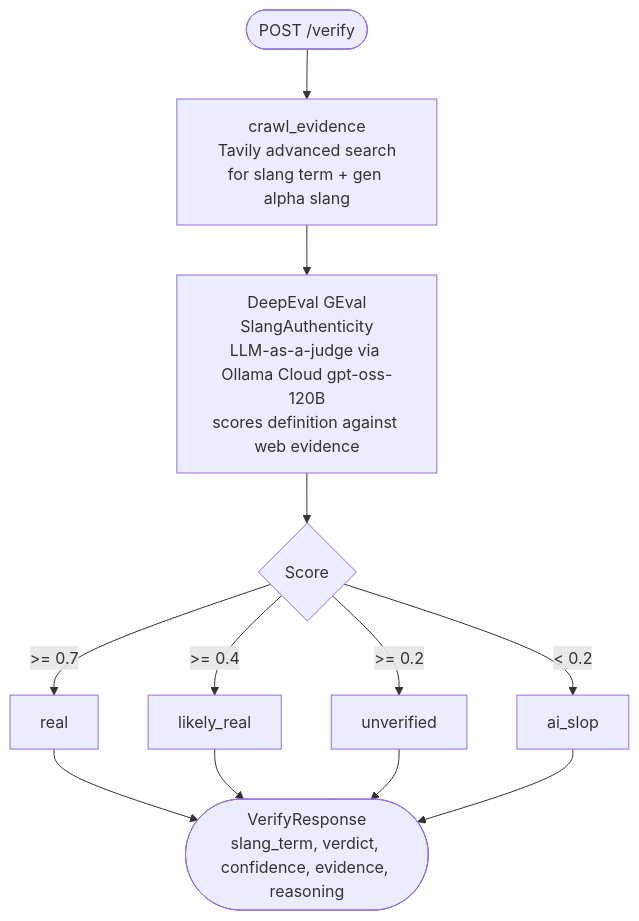
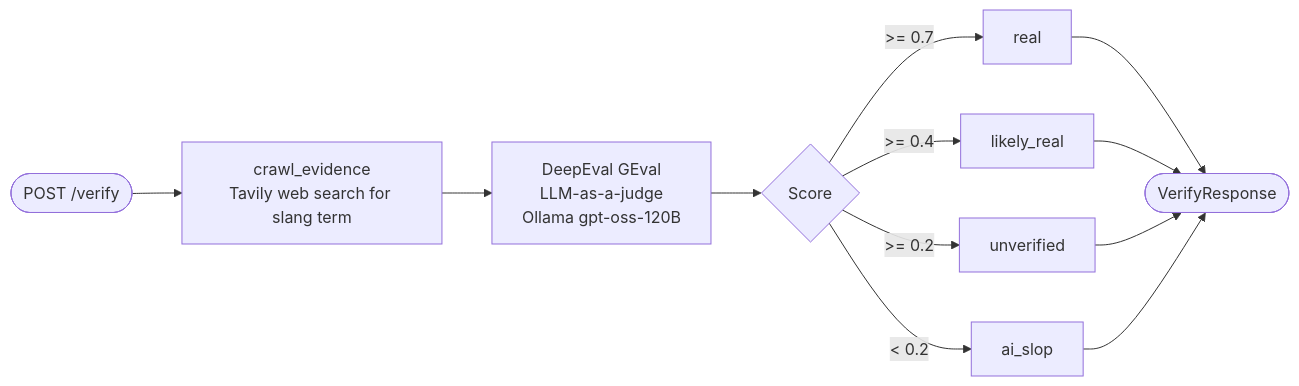
One commit to KevanSoon/CS203 changed the second of 2 diagrams in README.md. Above: the diagram before and after it, drawn with Mermaid. The commit also changed other lines of this file, not shown here.

Commit message:
Improve mermaid diagram formatting in README
Updated mermaid diagrams for better readability by replacing line breaks with HTML breaks.

````diff
--- a/README.md
+++ b/README.md
@@ -169,20 +163,13 @@
 ```mermaid
-flowchart TD
-    A([POST /verify]) --> B
-
-    B["crawl_evidence\nTavily advanced search\nfor slang term + gen alpha slang"]
-
-    B --> C["DeepEval GEval\nSlangAuthenticity\nLLM-as-a-judge via Ollama Cloud gpt-oss-120B\nscores definition against web evidence"]
-
+flowchart LR
+    A([POST /verify]) --> B["crawl_evidence<br/>Tavily web search for slang term"]
+    B --> C["DeepEval GEval<br/>LLM-as-a-judge<br/>Ollama gpt-oss-120B"]
     C --> D{"Score"}
 
-    D -->|">= 0.7"| V1["real"]
-    D -->|">= 0.4"| V2["likely_real"]
-    D -->|">= 0.2"| V3["unverified"]
-    D -->|"< 0.2"| V4["ai_slop"]
+    D -->|">= 0.7"| V1[real]
+    D -->|">= 0.4"| V2[likely_real]
+    D -->|">= 0.2"| V3[unverified]
+    D -->|"< 0.2"| V4[ai_slop]
 
-    V1 --> END([VerifyResponse\nslang_term, verdict, confidence, evidence, reasoning])
-    V2 --> END
-    V3 --> END
-    V4 --> END
+    V1 & V2 & V3 & V4 --> END([VerifyResponse])
 ```
````
